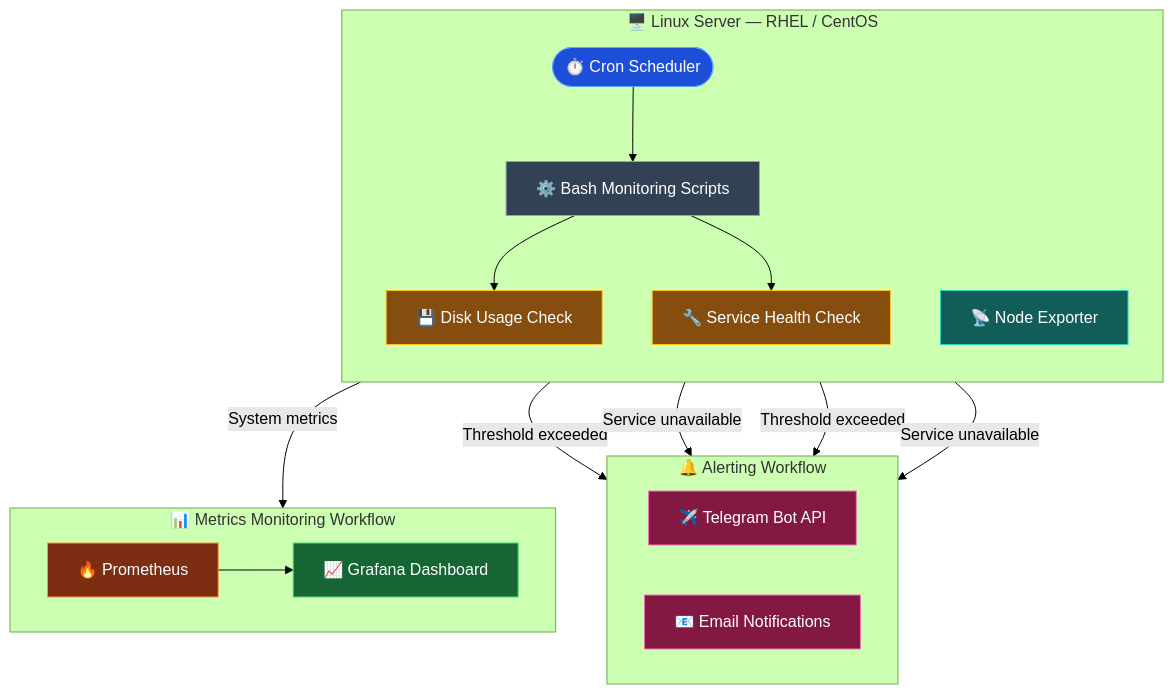
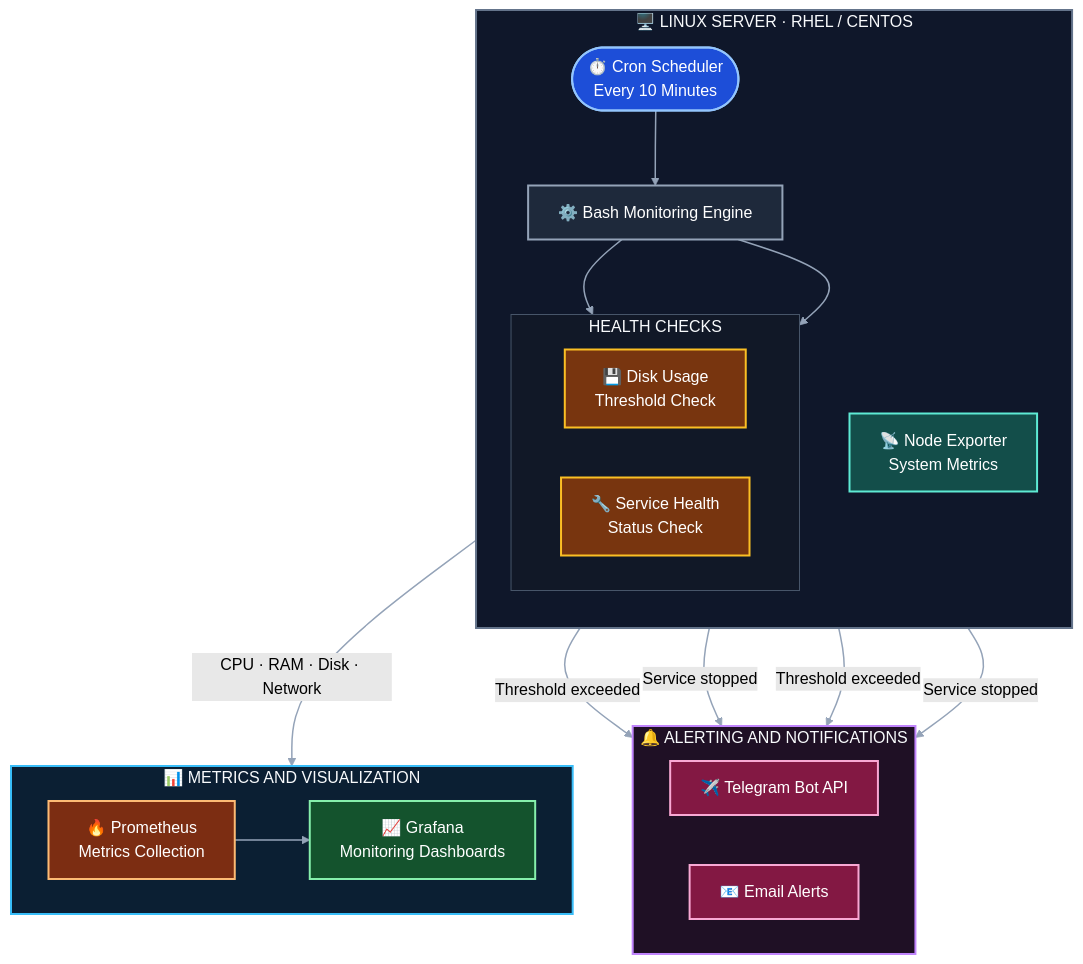
Before and after one commit to SAI-GODGE/Self-Healing-Linux-Server-Monitoring-Alerting-System: the diagram in README.md, drawn with Mermaid (forest theme).

````diff
--- a/README.md
+++ b/README.md
@@ -61,51 +61,81 @@
 ```mermaid
 flowchart TB
-    subgraph SERVER["🖥️ Linux Server — RHEL / CentOS"]
+    %% =========================
+    %% LINUX SERVER
+    %% =========================
+    subgraph SERVER["🖥️ LINUX SERVER · RHEL / CENTOS"]
         direction TB
-        CRON(["⏱️ Cron Scheduler"])
-        SCRIPTS["⚙️ Bash Monitoring Scripts"]
-        DISK["💾 Disk Usage Check"]
-        SERVICE["🔧 Service Health Check"]
-        NODE["📡 Node Exporter"]
+
+        CRON(["⏱️ Cron Scheduler<br/>Every 10 Minutes"])
+        SCRIPTS["⚙️ Bash Monitoring Engine"]
+
+        subgraph CHECKS["HEALTH CHECKS"]
+            direction LR
+            DISK["💾 Disk Usage<br/>Threshold Check"]
+            SERVICE["🔧 Service Health<br/>Status Check"]
+        end
+
+        NODE["📡 Node Exporter<br/>System Metrics"]
 
         CRON --> SCRIPTS
         SCRIPTS --> DISK
         SCRIPTS --> SERVICE
     end
 
-    subgraph NOTIFY["🔔 Alerting Workflow"]
+    %% =========================
+    %% ALERTING
+    %% =========================
+    subgraph ALERTS["🔔 ALERTING AND NOTIFICATIONS"]
         direction LR
         TELEGRAM["✈️ Telegram Bot API"]
-        EMAIL["📧 Email Notifications"]
+        EMAIL["📧 Email Alerts"]
     end
 
-    subgraph MONITOR["📊 Metrics Monitoring Workflow"]
+    %% =========================
+    %% OBSERVABILITY
+    %% =========================
+    subgraph MONITORING["📊 METRICS AND VISUALIZATION"]
         direction LR
-        PROM["🔥 Prometheus"]
-        GRAFANA["📈 Grafana Dashboard"]
+        PROM["🔥 Prometheus<br/>Metrics Collection"]
+        GRAFANA["📈 Grafana<br/>Monitoring Dashboards"]
+
         PROM --> GRAFANA
     end
 
+    %% =========================
+    %% DATA AND ALERT FLOWS
+    %% =========================
     DISK -->|"Threshold exceeded"| TELEGRAM
-    SERVICE -->|"Service unavailable"| TELEGRAM
+    SERVICE -->|"Service stopped"| TELEGRAM
+
     DISK -->|"Threshold exceeded"| EMAIL
-    SERVICE -->|"Service unavailable"| EMAIL
+    SERVICE -->|"Service stopped"| EMAIL
 
-    NODE -->|"System metrics"| PROM
+    NODE -->|"CPU · RAM · Disk · Network"| PROM
 
-    classDef scheduler fill:#1D4ED8,stroke:#60A5FA,color:#FFFFFF
-    classDef scripts fill:#334155,stroke:#94A3B8,color:#FFFFFF
-    classDef checks fill:#854D0E,stroke:#FBBF24,color:#FFFFFF
-    classDef exporter fill:#115E59,stroke:#2DD4BF,color:#FFFFFF
-    classDef alerts fill:#831843,stroke:#F472B6,color:#FFFFFF
-    classDef monitoring fill:#7C2D12,stroke:#FB923C,color:#FFFFFF
-    classDef dashboard fill:#166534,stroke:#4ADE80,color:#FFFFFF
+    %% =========================
+    %% STYLING
+    %% =========================
+    classDef scheduler fill:#1D4ED8,stroke:#93C5FD,color:#FFFFFF,stroke-width:2px
+    classDef engine fill:#1E293B,stroke:#94A3B8,color:#FFFFFF,stroke-width:2px
+    classDef health fill:#78350F,stroke:#FBBF24,color:#FFFFFF,stroke-width:2px
+    classDef exporter fill:#134E4A,stroke:#5EEAD4,color:#FFFFFF,stroke-width:2px
+    classDef alert fill:#831843,stroke:#F9A8D4,color:#FFFFFF,stroke-width:2px
+    classDef prometheus fill:#7C2D12,stroke:#FDBA74,color:#FFFFFF,stroke-width:2px
+    classDef grafana fill:#14532D,stroke:#86EFAC,color:#FFFFFF,stroke-width:2px
 
     class CRON scheduler
-    class SCRIPTS scripts
-    class DISK,SERVICE checks
+    class SCRIPTS engine
+    class DISK,SERVICE health
     class NODE exporter
-    class TELEGRAM,EMAIL alerts
-    class PROM monitoring
-    class GRAFANA dashboard
+    class TELEGRAM,EMAIL alert
+    class PROM prometheus
+    class GRAFANA grafana
+
+    style SERVER fill:#0F172A,stroke:#64748B,color:#F8FAFC,stroke-width:2px
+    style CHECKS fill:#111827,stroke:#475569,color:#F8FAFC
+    style ALERTS fill:#1F1025,stroke:#C084FC,color:#F8FAFC,stroke-width:2px
+    style MONITORING fill:#0B1F33,stroke:#38BDF8,color:#F8FAFC,stroke-width:2px
+
+    linkStyle default stroke:#94A3B8,stroke-width:1.5px
 ```
````
